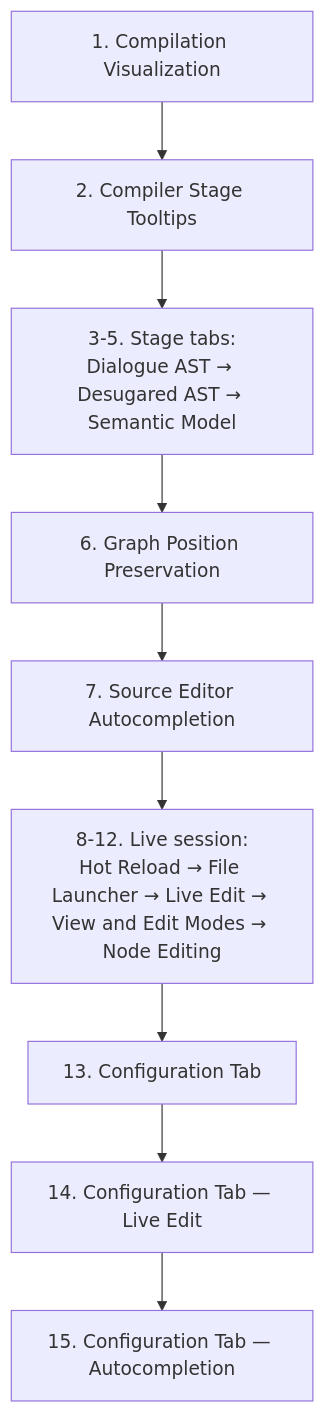
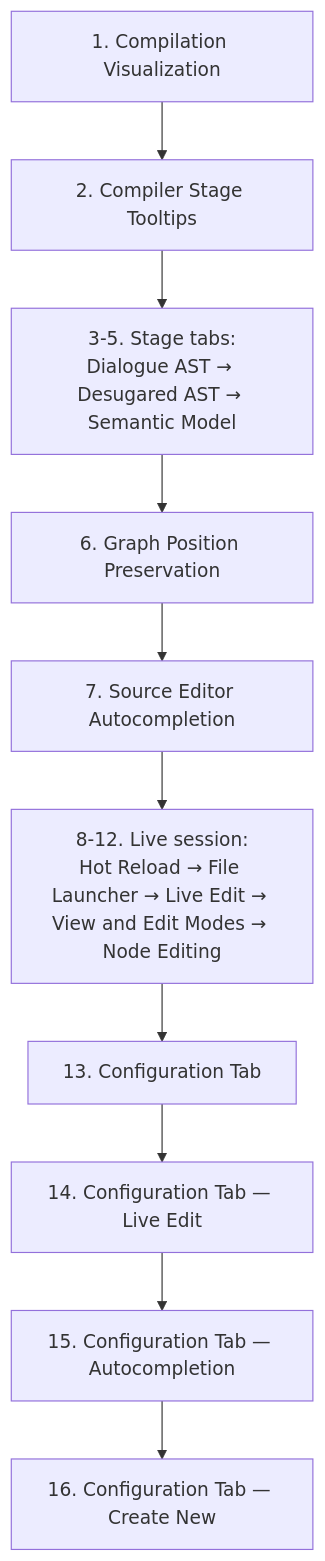
One commit to pengzhengyi/godot-dialoguedown changed the third of 4 diagrams in docs/contributing/design-notes/README.md. Above: the diagram before and after it, drawn with Mermaid. The commit also changed other lines of this file and 3 other files, not shown here.

````diff
--- a/docs/contributing/design-notes/README.md
+++ b/docs/contributing/design-notes/README.md
@@ -103,11 +103,12 @@
 ```mermaid
 flowchart TB
     CV["1. Compilation Visualization"] --> TT["2. Compiler Stage Tooltips"]
     TT --> TABS["3-5. Stage tabs:<br/>Dialogue AST → Desugared AST → Semantic Model"]
     TABS --> GX["6. Graph Position Preservation"]
     GX --> AC["7. Source Editor Autocompletion"]
     AC --> LIVE["8-12. Live session:<br/>Hot Reload → File Launcher → Live Edit → View and Edit Modes → Node Editing"]
     LIVE --> CFG["13. Configuration Tab"]
     CFG --> CFGLE["14. Configuration Tab — Live Edit"]
     CFGLE --> CFGAC["15. Configuration Tab — Autocompletion"]
+    CFGAC --> CFGCN["16. Configuration Tab — Create New"]
 ```
````
